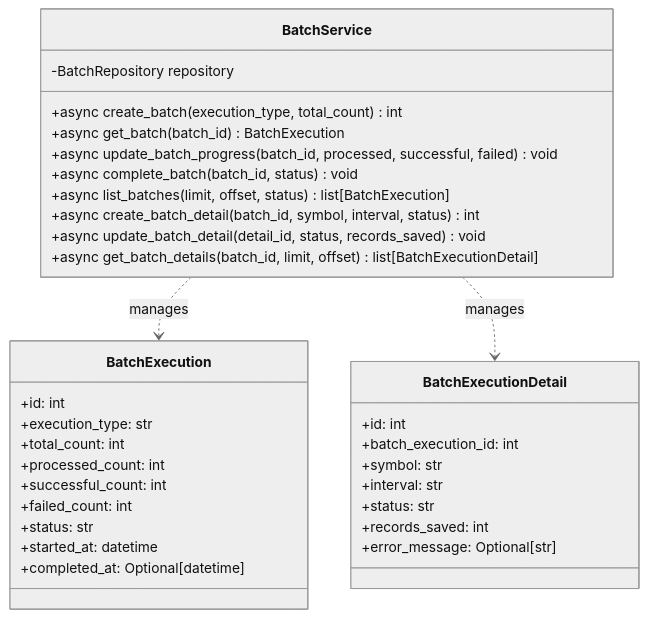
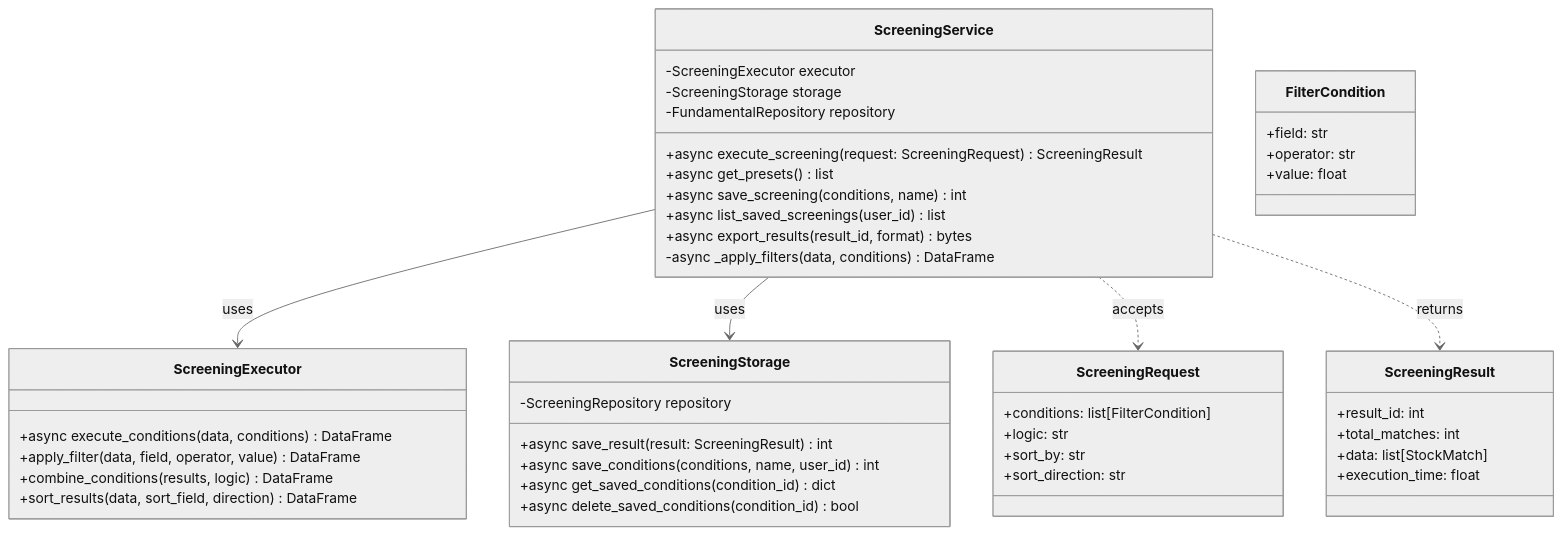
One commit to TIMMY-WEST/STOCK-INVESTMENT-ANALYZER changed the fifth of 13 diagrams in docs/architecture/layers/service_layer.md. Above: the diagram before and after it, drawn with Mermaid (neutral theme). The commit also changed other lines of this file, not shown here.

````diff
--- a/docs/architecture/layers/service_layer.md
+++ b/docs/architecture/layers/service_layer.md
@@ -533,39 +638,54 @@
 ```mermaid
 classDiagram
-    class BatchService {
-        -BatchRepository repository
-        +async create_batch(execution_type, total_count) int
-        +async get_batch(batch_id) BatchExecution
-        +async update_batch_progress(batch_id, processed, successful, failed) void
-        +async complete_batch(batch_id, status) void
-        +async list_batches(limit, offset, status) list[BatchExecution]
-        +async create_batch_detail(batch_id, symbol, interval, status) int
-        +async update_batch_detail(detail_id, status, records_saved) void
-        +async get_batch_details(batch_id, limit, offset) list[BatchExecutionDetail]
+    class ScreeningService {
+        -ScreeningExecutor executor
+        -ScreeningStorage storage
+        -FundamentalRepository repository
+        +async execute_screening(request: ScreeningRequest) ScreeningResult
+        +async get_presets() list
+        +async save_screening(conditions, name) int
+        +async list_saved_screenings(user_id) list
+        +async export_results(result_id, format) bytes
+        -async _apply_filters(data, conditions) DataFrame
     }
 
-    class BatchExecution {
-        +id: int
-        +execution_type: str
-        +total_count: int
-        +processed_count: int
-        +successful_count: int
-        +failed_count: int
-        +status: str
-        +started_at: datetime
-        +completed_at: Optional[datetime]
+    class ScreeningExecutor {
+        +async execute_conditions(data, conditions) DataFrame
+        +apply_filter(data, field, operator, value) DataFrame
+        +combine_conditions(results, logic) DataFrame
+        +sort_results(data, sort_field, direction) DataFrame
     }
 
-    class BatchExecutionDetail {
-        +id: int
-        +batch_execution_id: int
-        +symbol: str
-        +interval: str
-        +status: str
-        +records_saved: int
-        +error_message: Optional[str]
+    class ScreeningStorage {
+        -ScreeningRepository repository
+        +async save_result(result: ScreeningResult) int
+        +async save_conditions(conditions, name, user_id) int
+        +async get_saved_conditions(condition_id) dict
+        +async delete_saved_conditions(condition_id) bool
     }
 
-    BatchService ..> BatchExecution : manages
-    BatchService ..> BatchExecutionDetail : manages
+    class ScreeningRequest {
+        +conditions: list[FilterCondition]
+        +logic: str
+        +sort_by: str
+        +sort_direction: str
+    }
+
+    class ScreeningResult {
+        +result_id: int
+        +total_matches: int
+        +data: list[StockMatch]
+        +execution_time: float
+    }
+
+    class FilterCondition {
+        +field: str
+        +operator: str
+        +value: float
+    }
+
+    ScreeningService --> ScreeningExecutor : uses
+    ScreeningService --> ScreeningStorage : uses
+    ScreeningService ..> ScreeningRequest : accepts
+    ScreeningService ..> ScreeningResult : returns
 ```
````
